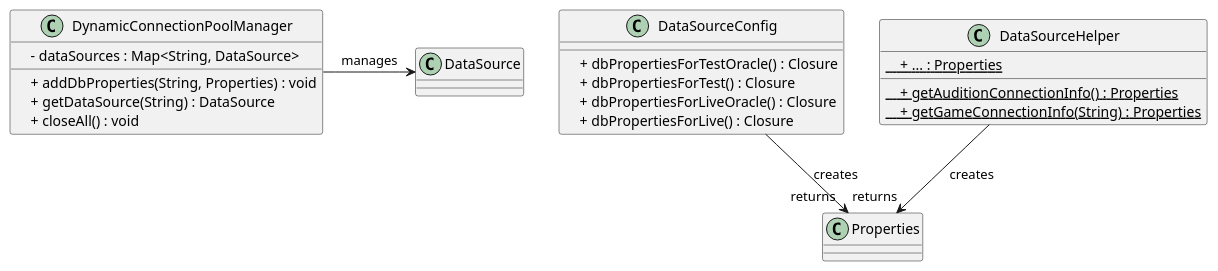
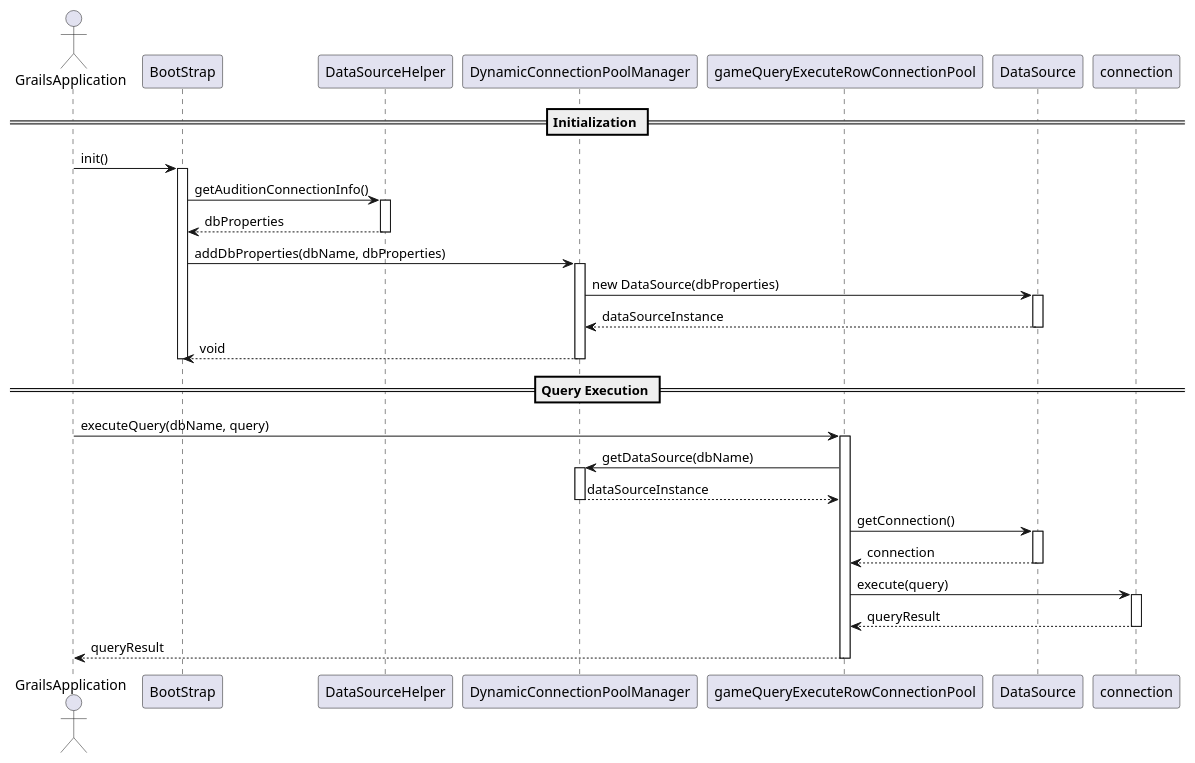
Before and after one commit to asiamoon25/TIL_yeonsang: the diagram in memo2/Database Connection 분리.md, drawn with PlantUML.

Commit message:
vault backup: 2024-01-25 10:01:00

````diff
--- a/memo2/Database Connection 분리.md
+++ b/memo2/Database Connection 분리.md
@@ -1,25 +1,41 @@
 ```plantuml
-class DataSourceConfig {
-    + dbPropertiesForTestOracle() : Closure
-    + dbPropertiesForTest() : Closure
-    + dbPropertiesForLiveOracle() : Closure
-    + dbPropertiesForLive() : Closure
-}
-
-class DynamicConnectionPoolManager {
-    - dataSources : Map<String, DataSource>
-    + addDbProperties(String, Properties) : void
-    + getDataSource(String) : DataSource
-    + closeAll() : void
-}
-
-class DataSourceHelper {
-    + {static} getAuditionConnectionInfo() : Properties
-    + {static} getGameConnectionInfo(String) : Properties
-    + {static} ... : Properties
-}
-
-DataSourceConfig --> "returns" Properties : creates
-DataSourceHelper --> "returns" Properties : creates
-DynamicConnectionPoolManager -right-> DataSource : manages
+actor GrailsApplication
+participant BootStrap
+participant DataSourceHelper
+participant DynamicConnectionPoolManager
+participant gameQueryExecuteRowConnectionPool
+participant DataSource
+== Initialization ==
+GrailsApplication -> BootStrap: init()
+activate BootStrap
+BootStrap -> DataSourceHelper: getAuditionConnectionInfo()
+activate DataSourceHelper
+DataSourceHelper --> BootStrap: dbProperties
+deactivate DataSourceHelper
+BootStrap -> DynamicConnectionPoolManager: addDbProperties(dbName, dbProperties)
+activate DynamicConnectionPoolManager
+DynamicConnectionPoolManager -> DataSource: new DataSource(dbProperties)
+activate DataSource
+DataSource --> DynamicConnectionPoolManager: dataSourceInstance
+deactivate DataSource
+DynamicConnectionPoolManager --> BootStrap: void
+deactivate DynamicConnectionPoolManager
+deactivate BootStrap
+== Query Execution ==
+GrailsApplication -> gameQueryExecuteRowConnectionPool: executeQuery(dbName, query)
+activate gameQueryExecuteRowConnectionPool
+gameQueryExecuteRowConnectionPool -> DynamicConnectionPoolManager: getDataSource(dbName)
+activate DynamicConnectionPoolManager
+DynamicConnectionPoolManager --> gameQueryExecuteRowConnectionPool: dataSourceInstance
+deactivate DynamicConnectionPoolManager
+gameQueryExecuteRowConnectionPool -> DataSource: getConnection()
+activate DataSource
+DataSource --> gameQueryExecuteRowConnectionPool: connection
+deactivate DataSource
+gameQueryExecuteRowConnectionPool -> connection: execute(query)
+activate connection
+connection --> gameQueryExecuteRowConnectionPool: queryResult
+deactivate connection
+gameQueryExecuteRowConnectionPool --> GrailsApplication: queryResult
+deactivate gameQueryExecuteRowConnectionPool
 ```
````
